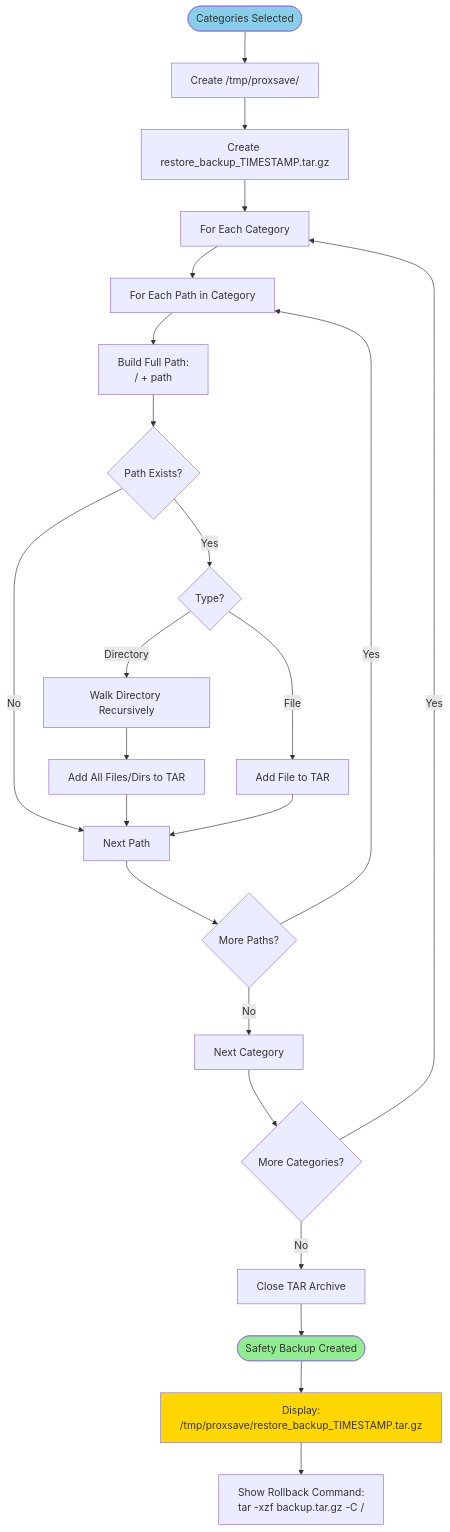
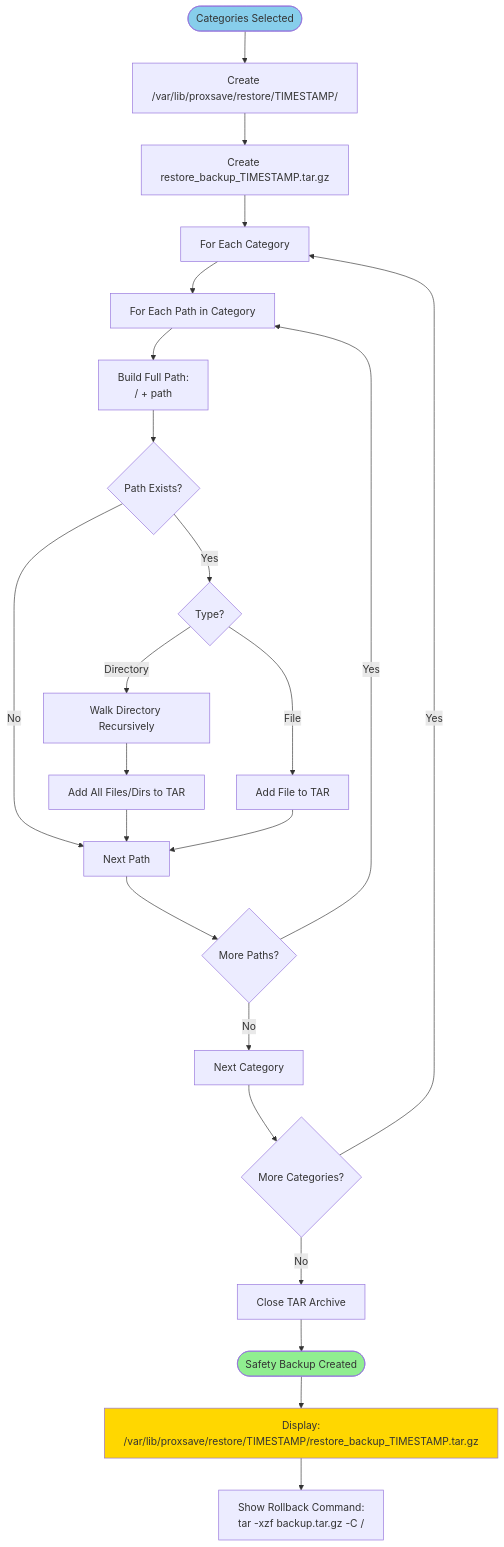
Before and after one commit to tis24dev/proxsave: the ninth of 13 diagrams in docs/RESTORE_DIAGRAMS.md, drawn with Mermaid. The commit also changed 21 other files, not shown here.

````diff
--- a/docs/RESTORE_DIAGRAMS.md
+++ b/docs/RESTORE_DIAGRAMS.md
@@ -500,36 +500,36 @@
 ```mermaid
 flowchart TD
-    Start([Categories Selected]) --> CreatePath[Create /tmp/proxsave/]
+    Start([Categories Selected]) --> CreatePath[Create /var/lib/proxsave/restore/TIMESTAMP/]
     CreatePath --> CreateArchive[Create restore_backup_TIMESTAMP.tar.gz]
     CreateArchive --> LoopCats[For Each Category]
 
     LoopCats --> LoopPaths[For Each Path in Category]
     LoopPaths --> BuildFull["Build Full Path:<br/>/ + path"]
     BuildFull --> CheckExists{Path Exists?}
 
     CheckExists -->|No| NextPath[Next Path]
     CheckExists -->|Yes| CheckType{Type?}
 
     CheckType -->|File| BackupFile[Add File to TAR]
     CheckType -->|Directory| WalkDir[Walk Directory Recursively]
 
     WalkDir --> BackupTree[Add All Files/Dirs to TAR]
     BackupTree --> NextPath
     BackupFile --> NextPath
 
     NextPath --> MorePaths{More Paths?}
     MorePaths -->|Yes| LoopPaths
     MorePaths -->|No| NextCat[Next Category]
 
     NextCat --> MoreCats{More Categories?}
     MoreCats -->|Yes| LoopCats
     MoreCats -->|No| CloseTar[Close TAR Archive]
 
     CloseTar --> Success([Safety Backup Created])
-    Success --> DisplayPath["Display:<br/>/tmp/proxsave/restore_backup_TIMESTAMP.tar.gz"]
+    Success --> DisplayPath["Display:<br/>/var/lib/proxsave/restore/TIMESTAMP/restore_backup_TIMESTAMP.tar.gz"]
     DisplayPath --> Rollback["Show Rollback Command:<br/>tar -xzf backup.tar.gz -C /"]
 
     style Start fill:#87CEEB
     style Success fill:#90EE90
     style DisplayPath fill:#FFD700
 ```
````
